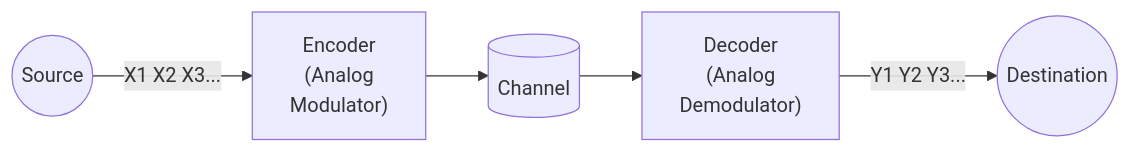
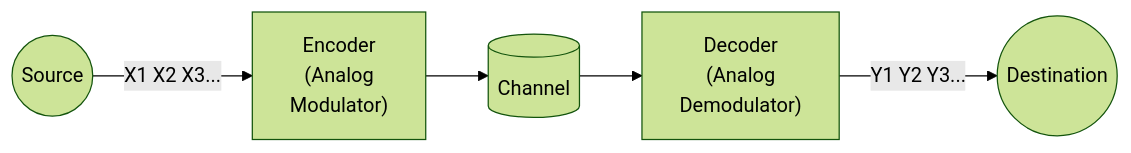
The first of 2 diagrams in EEE-161/Lecture-1.md (nic0-dev/Coding-Projects), drawn with Mermaid before and after one commit.

Commit message:
Forest Theme for Mermaid Diagrams

````diff
--- a/EEE-161/Lecture-1.md
+++ b/EEE-161/Lecture-1.md
@@ -17,6 +17,7 @@
 ```mermaid
+  %%{init: {'theme':'forest'}}%%
   graph LR
     s((Source)) -- X1 X2 X3... --> en["Encoder<br>(Analog<br>Modulator)"]
     en --> c[(Channel)] --> de["Decoder<br>(Analog<br>Demodulator)"]
     de -- Y1 Y2 Y3... --> d(("Destination"))
 ```
````
